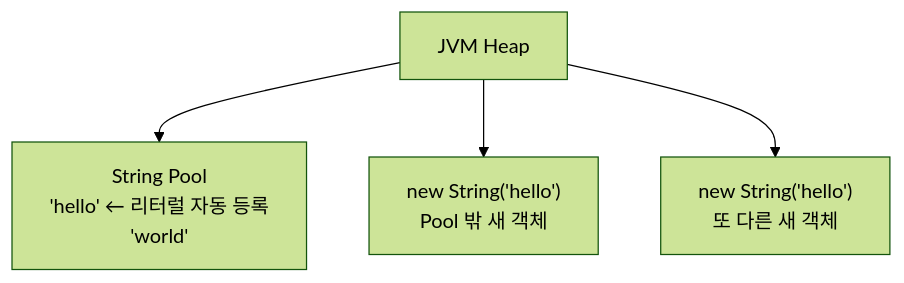
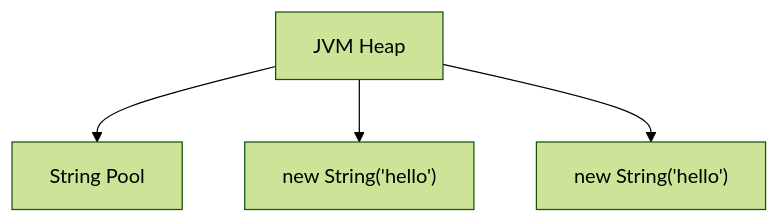
The first of 3 diagrams in _posts/java/2026-05-01-java-string.md (yjkim2015/yjkim2015.github.io), drawn with Mermaid (forest theme) before and after one commit. The commit also changed other lines of this file and 271 other files, not shown here.

First line of the commit message:
Mermaid 라벨 축소: 긴 노드 텍스트 18자 이하로 트림 + \n 제거

````diff
--- a/_posts/java/2026-05-01-java-string.md
+++ b/_posts/java/2026-05-01-java-string.md
@@ -89,14 +89,10 @@
 ```mermaid
 graph TD
     HEAP["JVM Heap"]
-    POOL["String Pool
-    'hello' ← 리터럴 자동 등록
-    'world'"]
-    OBJ1["new String('hello')
-    Pool 밖 새 객체"]
-    OBJ2["new String('hello')
-    또 다른 새 객체"]
+    POOL["String Pool"]
+    OBJ1["new String('hello')"]
+    OBJ2["new String('hello')"]
     HEAP --> POOL
     HEAP --> OBJ1
     HEAP --> OBJ2
 ```
````
